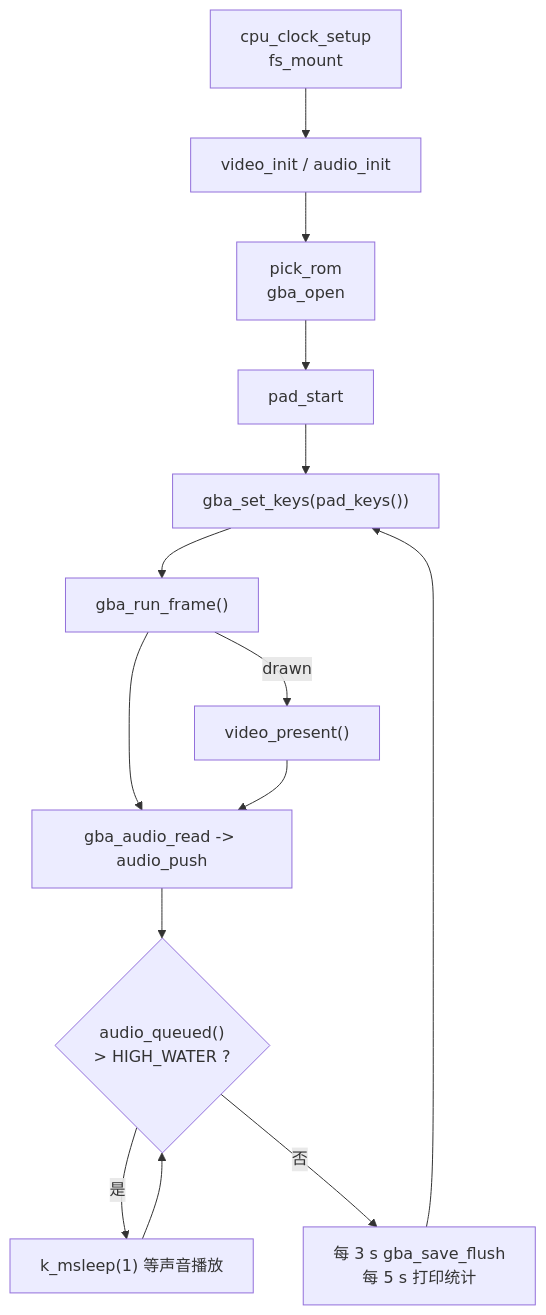
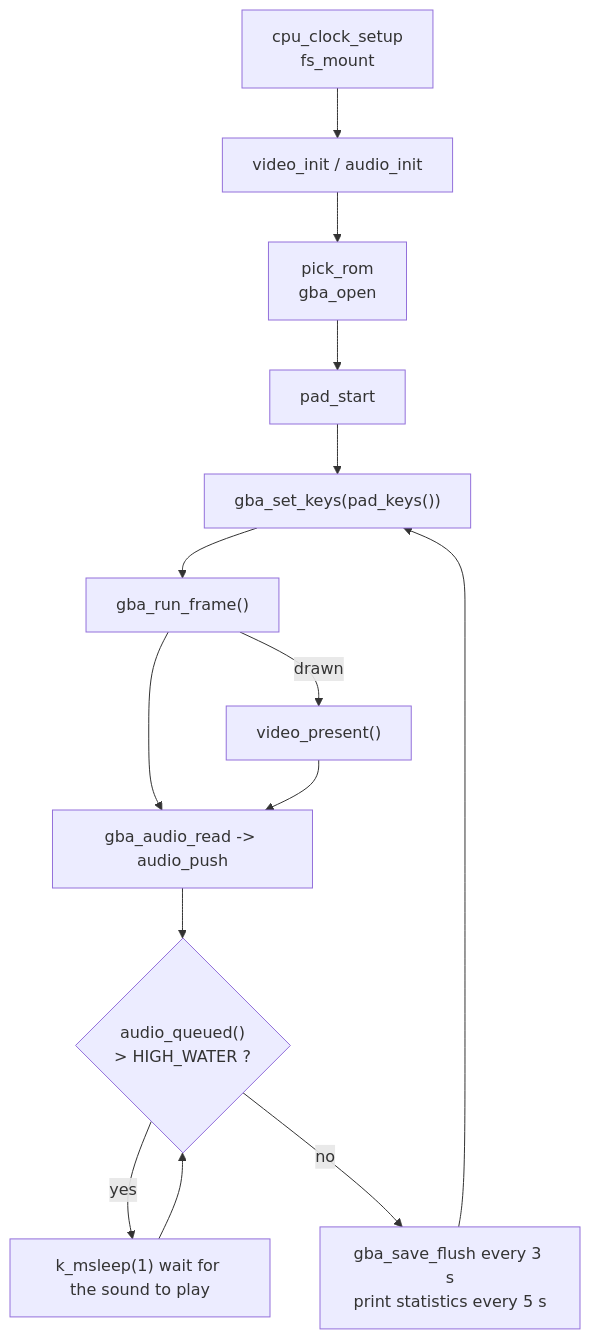
One commit to YuzukiHD/YuzukiNeko changed the third of 3 diagrams in docs/src/content/docs/dev/zephyr/apps/mgba.md. Above: the diagram before and after it, drawn with Mermaid. The commit also changed other lines of this file and 216 other files, not shown here.

````diff
--- a/docs/src/content/docs/dev/zephyr/apps/mgba.md
+++ b/docs/src/content/docs/dev/zephyr/apps/mgba.md
@@ -638,16 +638,16 @@
 ```mermaid
 flowchart TD
     A["cpu_clock_setup<br/>fs_mount"] --> B["video_init / audio_init"]
     B --> C["pick_rom<br/>gba_open"]
     C --> D["pad_start"]
     D --> E["gba_set_keys(pad_keys())"]
     E --> F["gba_run_frame()"]
     F -->|"drawn"| G["video_present()"]
     F --> H["gba_audio_read -> audio_push"]
     G --> H
     H --> I{"audio_queued()<br/>> HIGH_WATER ?"}
-    I -->|"是"| J["k_msleep(1) 等声音播放"]
+    I -->|"yes"| J["k_msleep(1) wait for the sound to play"]
     J --> I
-    I -->|"否"| K["每 3 s gba_save_flush<br/>每 5 s 打印统计"]
+    I -->|"no"| K["gba_save_flush every 3 s<br/>print statistics every 5 s"]
     K --> E
 ```
````
